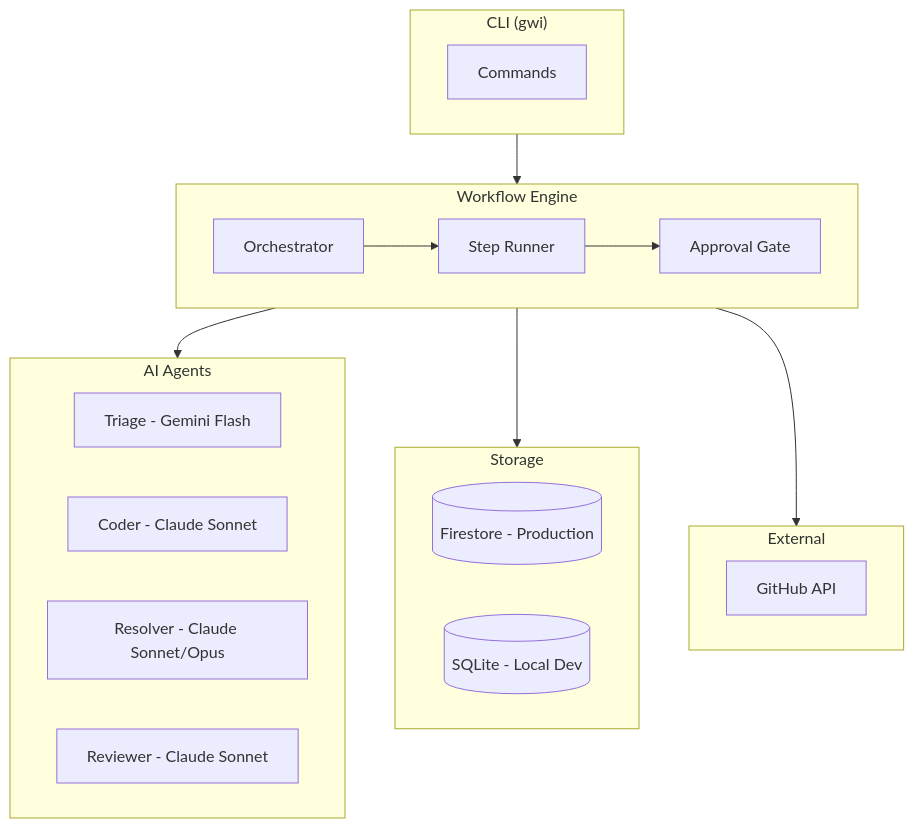
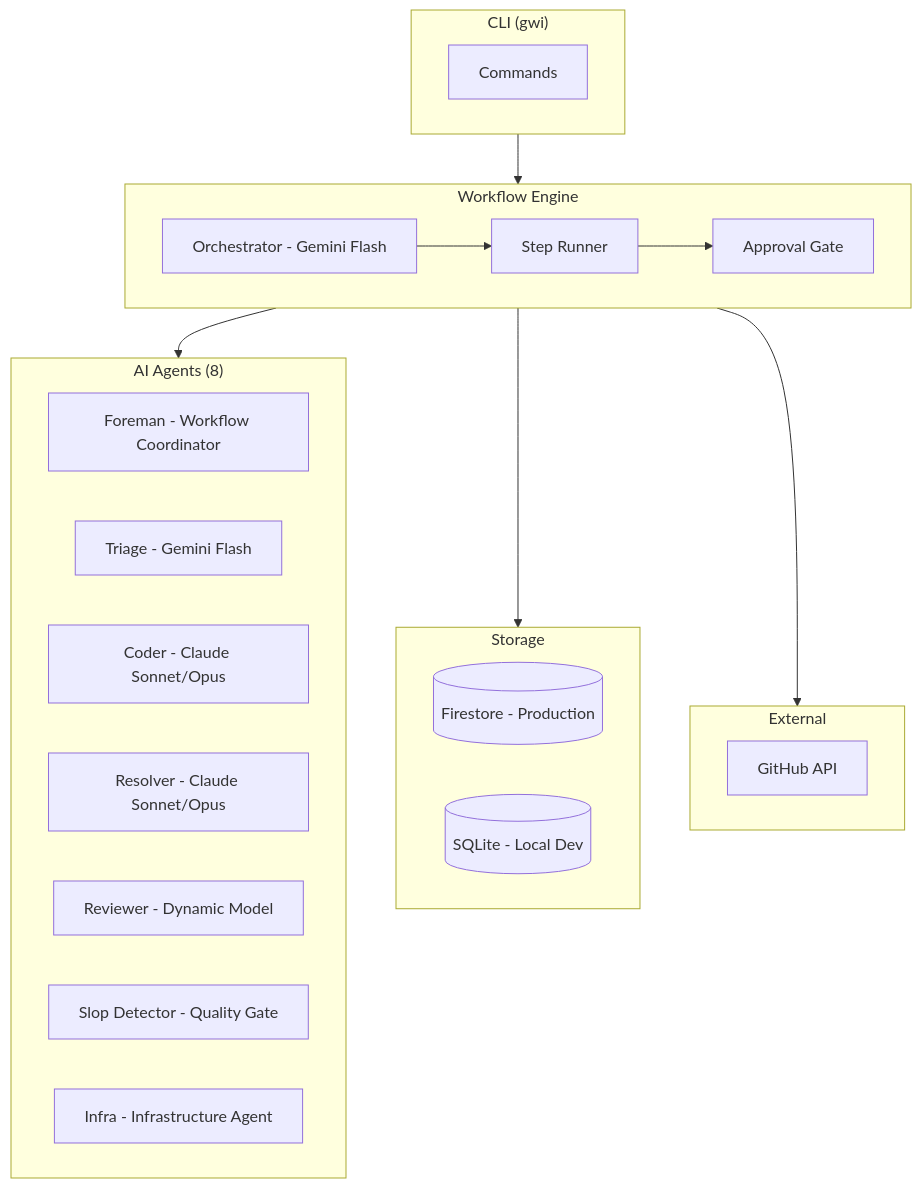
The seventh of 16 diagrams in README.md (intent-solutions-io/iam-git-with-intent), drawn with Mermaid before and after one commit. The commit also changed other lines of this file and 16 other files, not shown here.

````diff
--- a/README.md
+++ b/README.md
@@ -285,35 +283,39 @@
 ```mermaid
 flowchart TB
     subgraph CLI["CLI (gwi)"]
         commands[Commands]
     end
 
     subgraph Engine["Workflow Engine"]
         orchestrator[Orchestrator]
         runner[Step Runner]
         approval[Approval Gate]
     end
 
-    subgraph Agents["AI Agents"]
+    subgraph Agents["AI Agents (8)"]
+        orchestrator[Orchestrator - Gemini Flash]
+        foreman[Foreman - Workflow Coordinator]
         triage[Triage - Gemini Flash]
-        coder[Coder - Claude Sonnet]
+        coder[Coder - Claude Sonnet/Opus]
         resolver[Resolver - Claude Sonnet/Opus]
-        reviewer[Reviewer - Claude Sonnet]
+        reviewer[Reviewer - Dynamic Model]
+        slop[Slop Detector - Quality Gate]
+        infra_agent[Infra - Infrastructure Agent]
     end
 
     subgraph Storage["Storage"]
         firestore[(Firestore - Production)]
         sqlite[(SQLite - Local Dev)]
     end
 
     subgraph External["External"]
         github[GitHub API]
     end
 
     CLI --> Engine
     Engine --> Agents
     Engine --> Storage
     Engine --> External
     orchestrator --> runner
     runner --> approval
 ```
````
